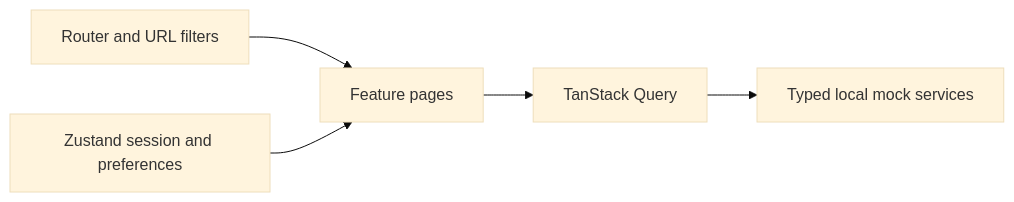
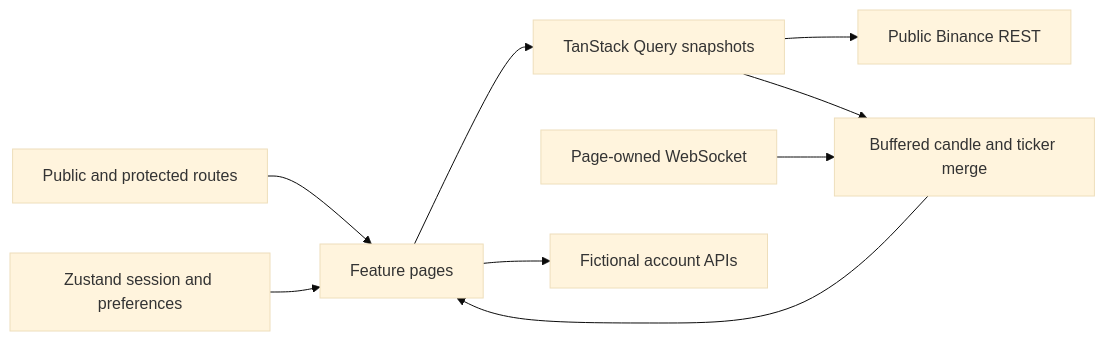
Before and after one commit to rainandcat/react-operations-client: the diagram in README.md, drawn with Mermaid (base theme). The commit also changed other lines of this file and 45 other files, not shown here.

````diff
--- a/README.md
+++ b/README.md
@@ -70,7 +38,11 @@
 ```mermaid
 flowchart LR
-  URL[Router and URL filters] --> UI[Feature pages]
-  UI --> Query[TanStack Query]
-  Query --> API[Typed local mock services]
+  Router[Public and protected routes] --> UI[Feature pages]
+  UI --> Query[TanStack Query snapshots]
+  Query --> REST[Public Binance REST]
+  WS[Page-owned WebSocket] --> Merge[Buffered candle and ticker merge]
+  Query --> Merge
+  Merge --> UI
   Store[Zustand session and preferences] --> UI
+  UI --> Mock[Fictional account APIs]
 ```
````
